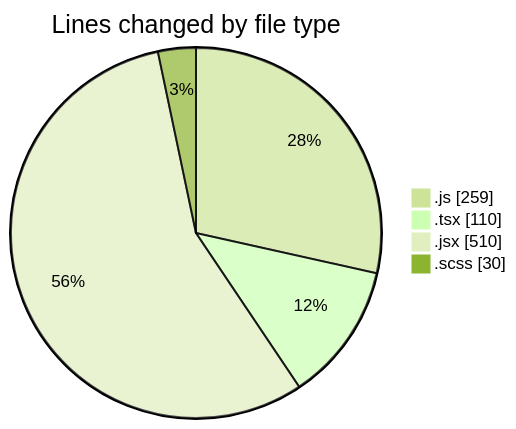
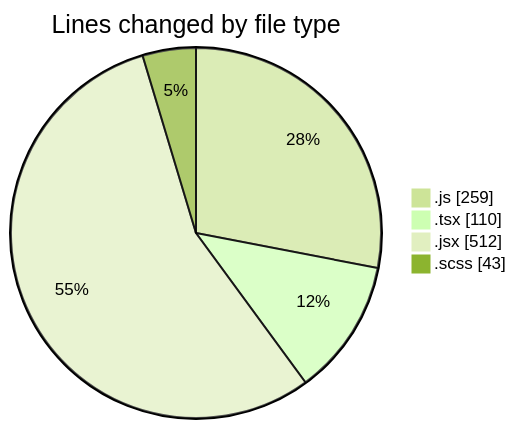
The first of 2 diagrams in 2026-03-12/cda/README.md (momahboobian/code-tracking), drawn with Mermaid (forest theme) before and after one commit. The commit also changed other lines of this file and 1 other file, not shown here.

````diff
--- a/2026-03-12/cda/README.md
+++ b/2026-03-12/cda/README.md
@@ -29,8 +29,8 @@
 ```mermaid
 pie showData
 title Lines changed by file type
 ".js" : 259
 ".tsx" : 110
-".jsx" : 510
-".scss" : 30
+".jsx" : 512
+".scss" : 43
 ```
````
